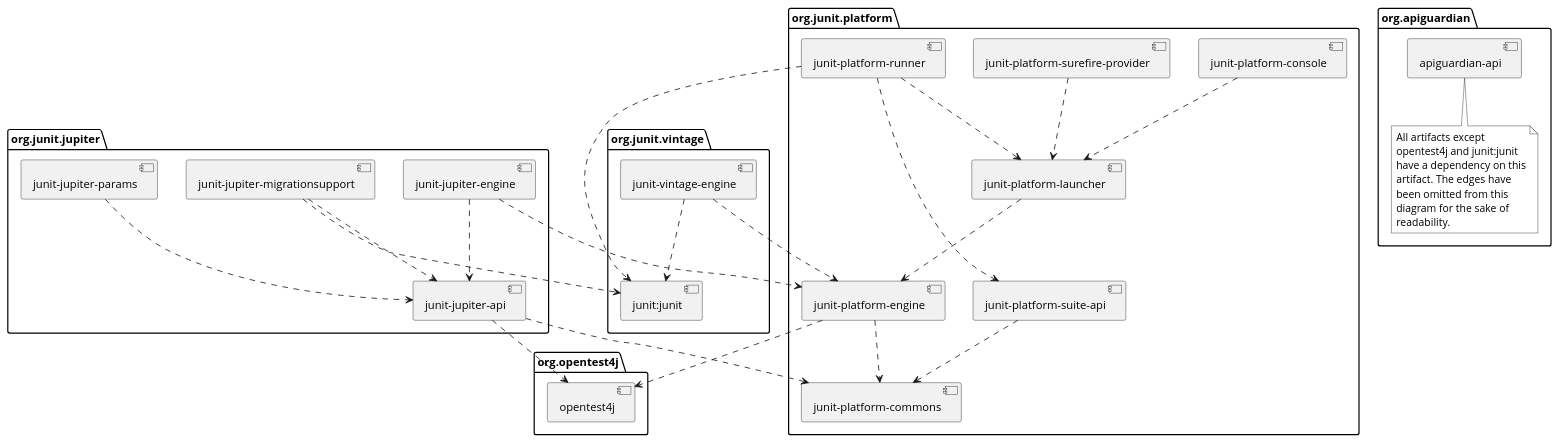
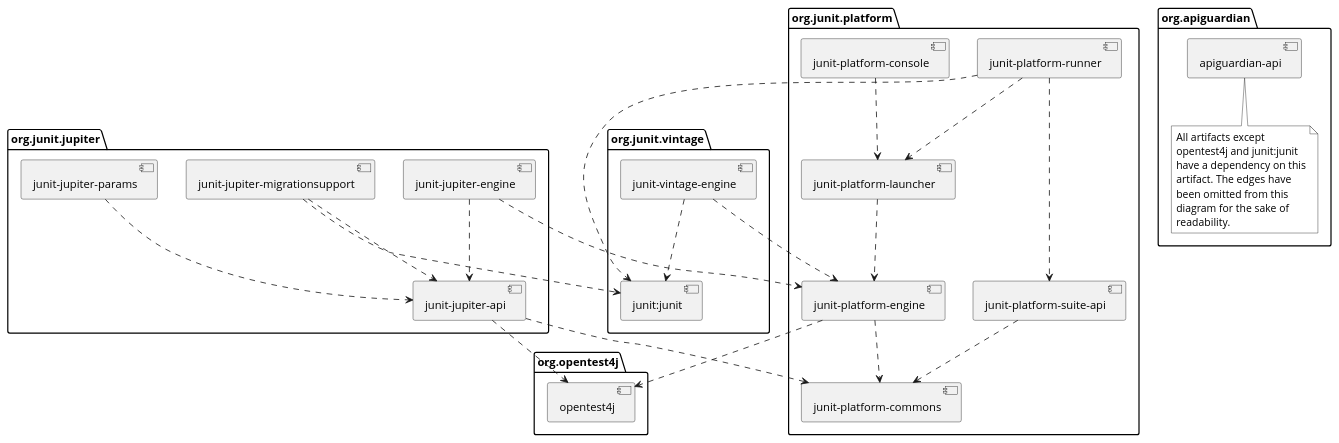
Before and after one commit to junit-team/junit5: the diagram in documentation/src/docs/asciidoc/user-guide/overview.adoc, drawn with PlantUML. The commit also changed other lines of this file and 4 other files, not shown here.

```diff
--- a/documentation/src/docs/asciidoc/user-guide/overview.adoc
+++ b/documentation/src/docs/asciidoc/user-guide/overview.adoc
@@ -155,73 +152,70 @@
 [plantuml, component-diagram, svg]
 ----
 skinparam {
     defaultFontName Open Sans
 }
 
 package org.junit.jupiter {
     [junit-jupiter-api] as jupiter_api
     [junit-jupiter-engine] as jupiter_engine
     [junit-jupiter-params] as jupiter_params
     [junit-jupiter-migrationsupport] as jupiter_migration_support
 }
 
 package org.junit.vintage {
     [junit-vintage-engine] as vintage_engine
     [junit:junit] as junit4
 }
 
 package org.junit.platform {
     [junit-platform-commons] as commons
     [junit-platform-console] as console
     [junit-platform-engine] as engine
     [junit-platform-launcher] as launcher
     [junit-platform-runner] as runner
     [junit-platform-suite-api] as suite_api
-    [junit-platform-surefire-provider] as surefire
 }
 
 package org.opentest4j {
     [opentest4j]
 }
 
 package org.apiguardian {
     [apiguardian-api] as apiguardian
     note bottom of apiguardian #white
         All artifacts except
         opentest4j and junit:junit
         have a dependency on this
         artifact. The edges have
         been omitted from this
         diagram for the sake of
         readability.
     endnote
 }
 
 jupiter_api ..> opentest4j
 jupiter_api ..> commons
 
 jupiter_engine ..> engine
 jupiter_engine ..> jupiter_api
 
 jupiter_params ..> jupiter_api
 jupiter_migration_support ..> jupiter_api
 jupiter_migration_support ..> junit4
 
 console ..> launcher
 
 launcher ..> engine
 
 engine ..> opentest4j
 engine ..> commons
 
 runner ..> launcher
 runner ..> suite_api
 runner ..> junit4
 
 suite_api ..> commons
 
-surefire ..> launcher
-
 vintage_engine ..> engine
 vintage_engine ..> junit4
 ----
```
